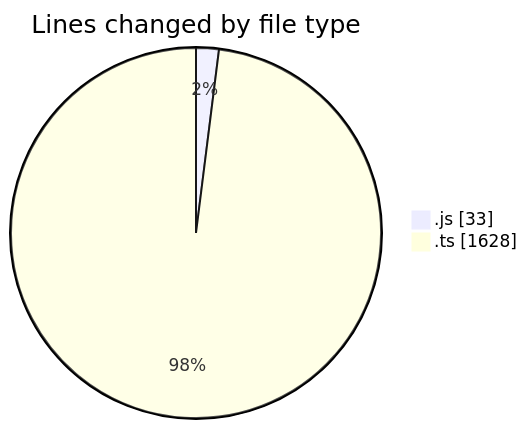
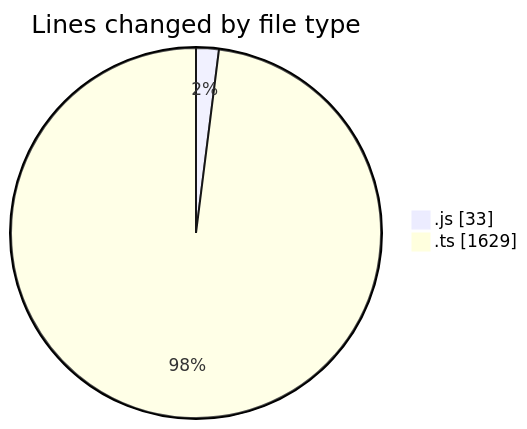
One commit to momahboobian/code-tracking changed the first of 2 diagrams in 2025-09-08/cda/README.md. Above: the diagram before and after it, drawn with Mermaid. The commit also changed other lines of this file and 1 other file, not shown here.

````diff
--- a/2025-09-08/cda/README.md
+++ b/2025-09-08/cda/README.md
@@ -22,6 +22,6 @@
 ```mermaid
 pie showData
 title Lines changed by file type
 ".js" : 33
-".ts" : 1628
+".ts" : 1629
 ```
````
